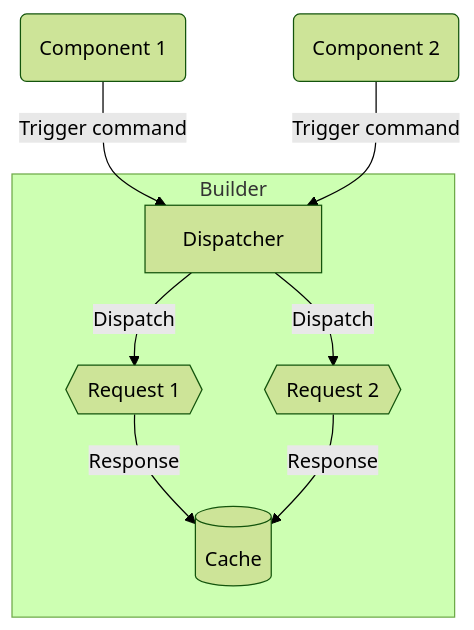
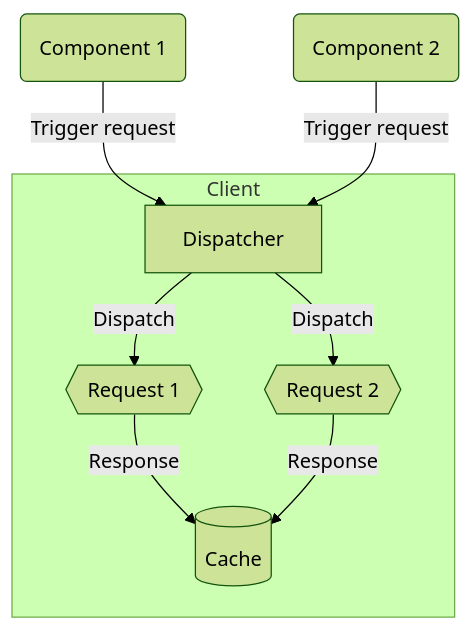
The first of 4 diagrams in documentation/docs/documentation/02-Core/Dispatcher.mdx (BetterTyped/hyper-fetch), drawn with Mermaid (forest theme) before and after one commit. The commit also changed other lines of this file and 322 other files, not shown here.

````diff
--- a/documentation/docs/documentation/02-Core/Dispatcher.mdx
+++ b/documentation/docs/documentation/02-Core/Dispatcher.mdx
@@ -115,17 +115,17 @@
 ```mermaid
 flowchart TD;
-    subgraph Builder
+    subgraph Client
       Dispatcher
       Cache
       Request_1
       Request_2
     end
     Component_1(Component 1);
     Component_2(Component 2);
     Dispatcher -- Dispatch --> Request_1{{Request 1}}
     Dispatcher -- Dispatch --> Request_2{{Request 2}}
-    Component_1 -- "Trigger command" --> Dispatcher
-    Component_2 -- "Trigger command" --> Dispatcher
+    Component_1 -- "Trigger request" --> Dispatcher
+    Component_2 -- "Trigger request" --> Dispatcher
     Request_1 -- Response --> Cache[(Cache)];
     Request_2 -- Response --> Cache[(Cache)];
 ```
````
